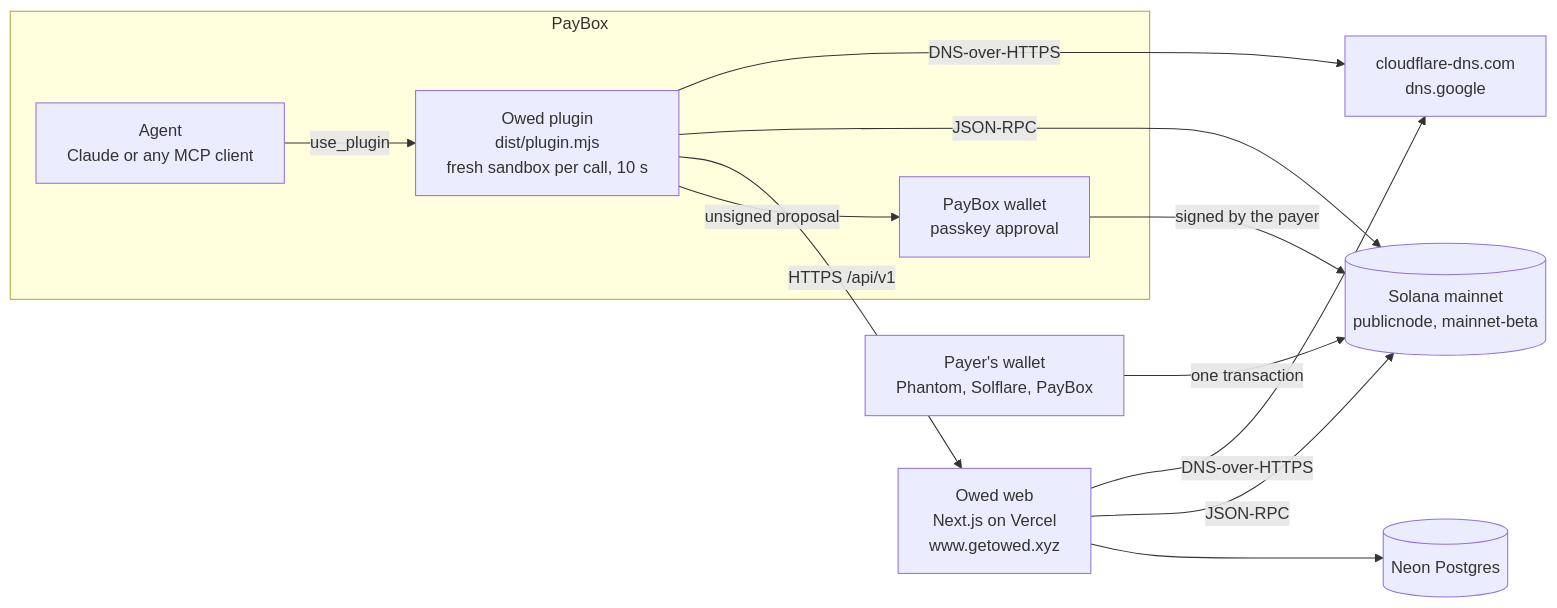
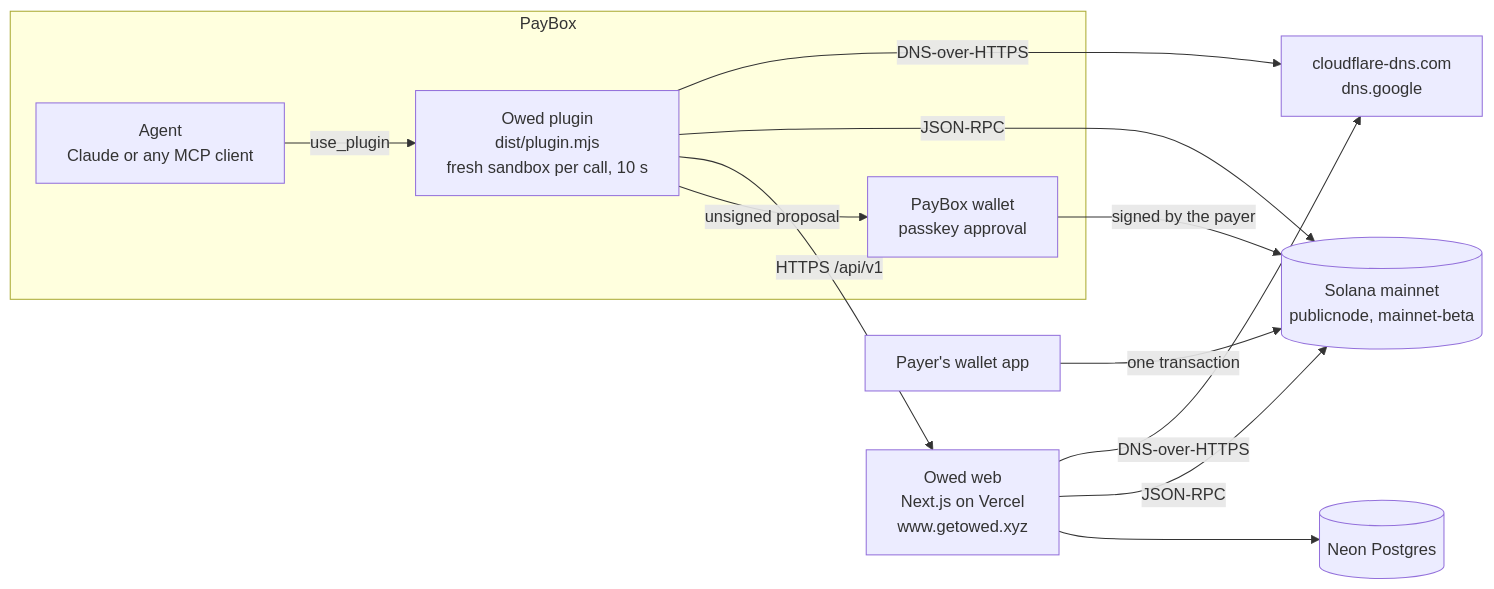
The diagram in docs/ARCHITECTURE.md (rajkaria/owed), drawn with Mermaid before and after one commit. The commit also changed 1 other file, not shown here.

Commit message:
Docs: no wallet brand names until a wallet payment is in FACTS

````diff
--- a/docs/ARCHITECTURE.md
+++ b/docs/ARCHITECTURE.md
@@ -5,15 +5,15 @@
 ```mermaid
 flowchart LR
   subgraph PayBox
     A[Agent<br/>Claude or any MCP client] -->|use_plugin| P[Owed plugin<br/>dist/plugin.mjs<br/>fresh sandbox per call, 10 s]
     P -->|unsigned proposal| W[PayBox wallet<br/>passkey approval]
   end
   P -->|HTTPS /api/v1| S[Owed web<br/>Next.js on Vercel<br/>www.getowed.xyz]
   P -->|JSON-RPC| R[(Solana mainnet<br/>publicnode, mainnet-beta)]
   P -->|DNS-over-HTTPS| D[cloudflare-dns.com<br/>dns.google]
   S --> DB[(Neon Postgres)]
   S -->|JSON-RPC| R
   S -->|DNS-over-HTTPS| D
-  X[Payer's wallet<br/>Phantom, Solflare, PayBox] -->|one transaction| R
+  X[Payer's wallet app] -->|one transaction| R
   W -->|signed by the payer| R
 ```
````
